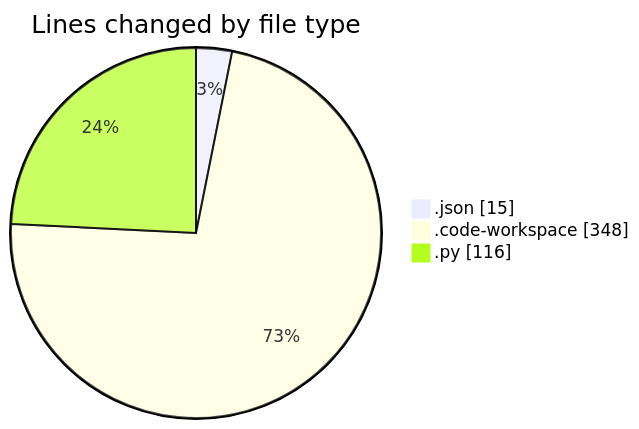
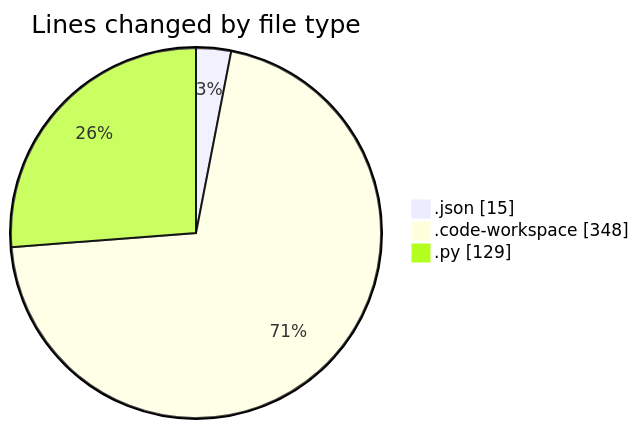
Before and after one commit to MatusMokan/code-tracking: the first of 2 diagrams in 2025-02-25/myws__workspace_/README.md, drawn with Mermaid. The commit also changed other lines of this file and 1 other file, not shown here.

````diff
--- a/2025-02-25/myws__workspace_/README.md
+++ b/2025-02-25/myws__workspace_/README.md
@@ -22,7 +22,7 @@
 ```mermaid
 pie showData
 title Lines changed by file type
 ".json" : 15
 ".code-workspace" : 348
-".py" : 116
+".py" : 129
 ```
````
